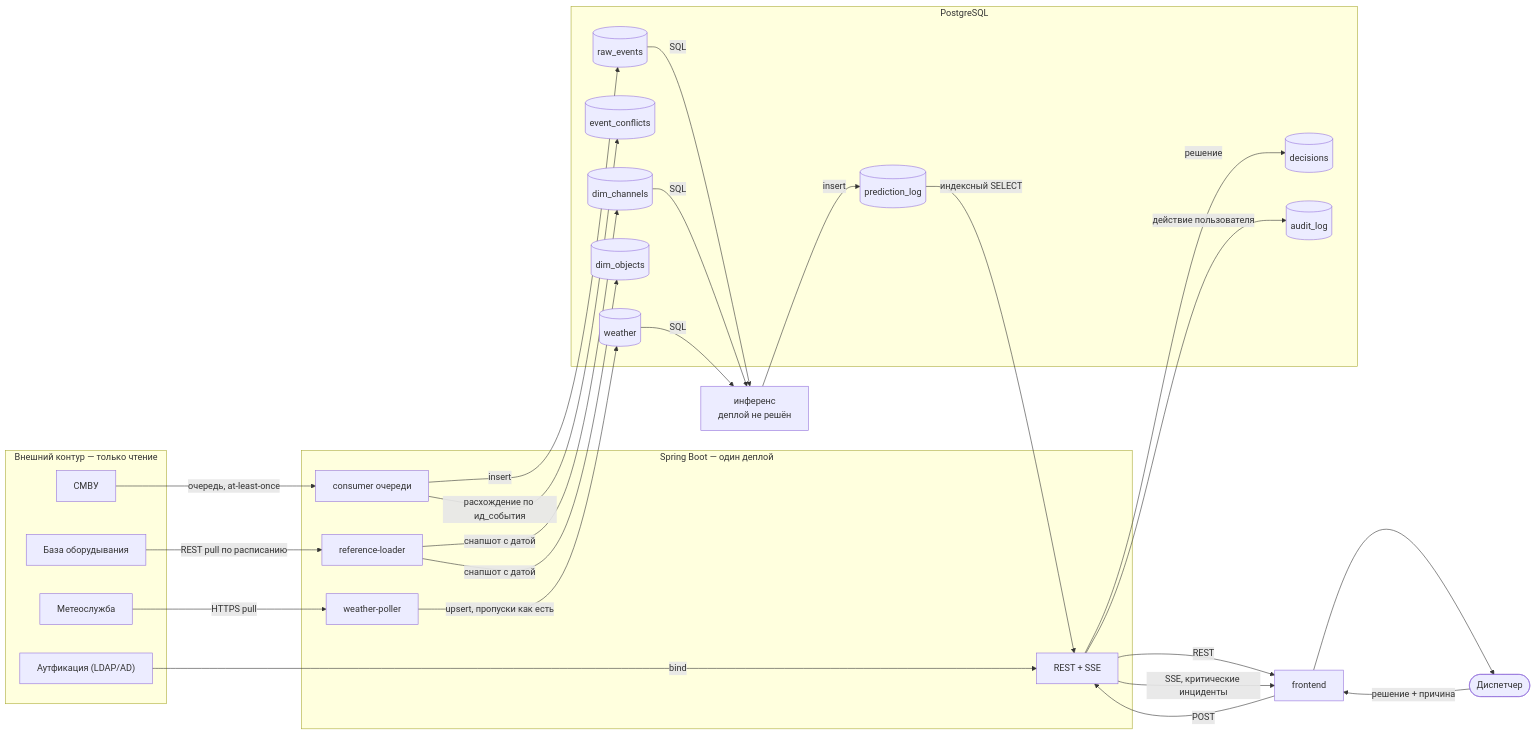
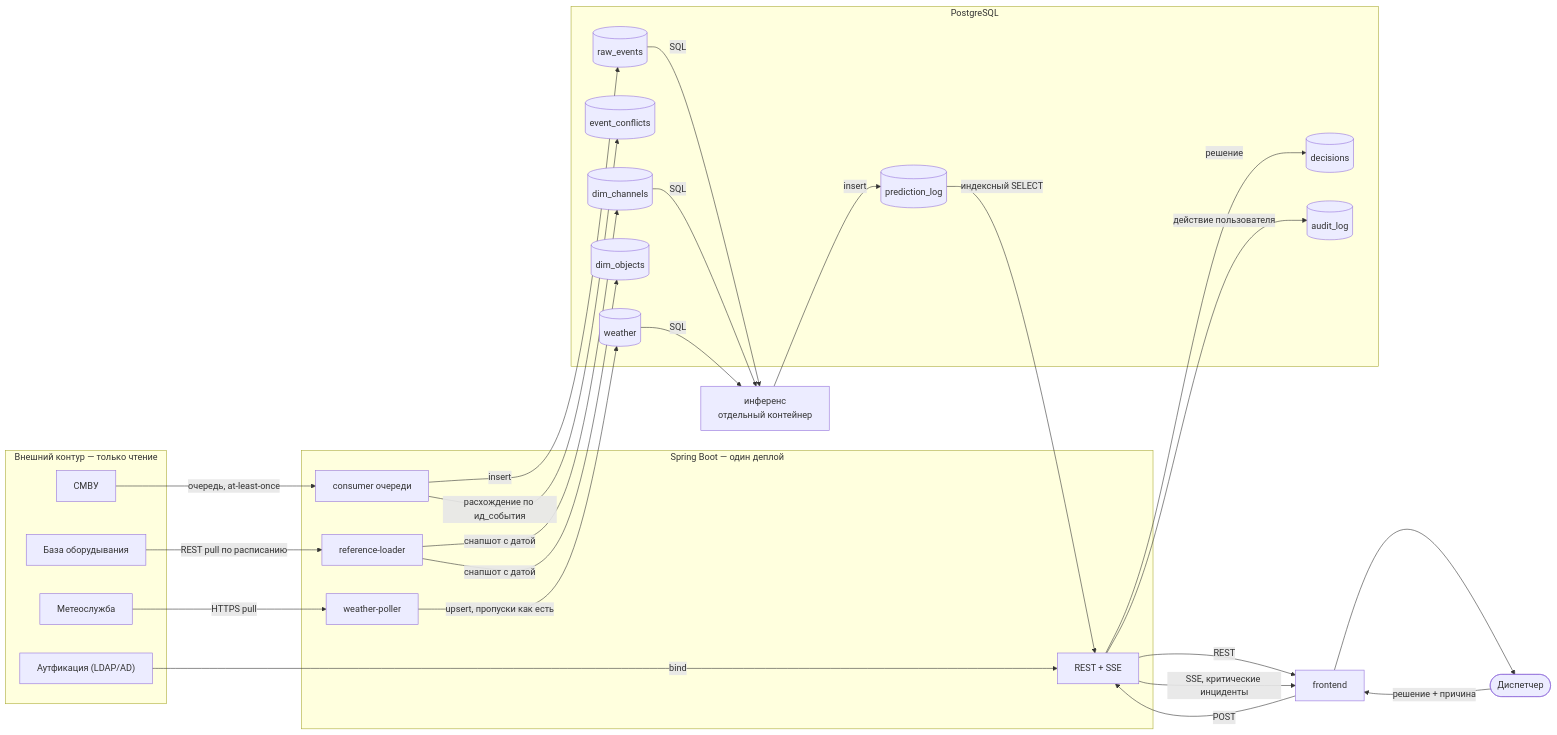
One commit to hack-goal-team/.github changed the diagram in ARCHITECTURE.md. Above: the diagram before and after it, drawn with Mermaid. The commit also changed other lines of this file and 2 other files, not shown here.

````diff
--- a/ARCHITECTURE.md
+++ b/ARCHITECTURE.md
@@ -14,55 +14,55 @@
 ```mermaid
 graph LR
   subgraph EXT["Внешний контур — только чтение"]
     SMVU["СМВУ"]
     ACC["База оборудывания"]
     MET["Метеослужба"]
     LDAP["Аутфикация (LDAP/AD)"]
   end
 
   subgraph APP["Spring Boot — один деплой"]
     CONS["consumer очереди"]
     REFL["reference-loader"]
     WTH["weather-poller"]
     API["REST + SSE"]
   end
 
   subgraph PG["PostgreSQL"]
     RAW[("raw_events")]
     CONF[("event_conflicts")]
     DIMC[("dim_channels")]
     DIMO[("dim_objects")]
     WX[("weather")]
     PRED[("prediction_log")]
     DEC[("decisions")]
     AUD[("audit_log")]
   end
 
-  INF["инференс<br/>деплой не решён"]
+  INF["инференс<br/>отдельный контейнер"]
   UI["frontend"]
   DISP(["Диспетчер"])
 
   SMVU -->|"очередь, at-least-once"| CONS
   CONS -->|"insert"| RAW
   CONS -->|"расхождение по ид_события"| CONF
   ACC -->|"REST pull по расписанию"| REFL
   REFL -->|"снапшот с датой"| DIMC
   REFL -->|"снапшот с датой"| DIMO
   MET -->|"HTTPS pull"| WTH
   WTH -->|"upsert, пропуски как есть"| WX
 
   RAW -->|"SQL"| INF
   DIMC -->|"SQL"| INF
   WX -->|"SQL"| INF
   INF -->|"insert"| PRED
 
   PRED -->|"индексный SELECT"| API
   API -->|"REST"| UI
   API -->|"SSE, критические инциденты"| UI
   UI --> DISP
   DISP -->|"решение + причина"| UI
   UI -->|"POST"| API
   API -->|"решение"| DEC
   API -->|"действие пользователя"| AUD
   LDAP -->|"bind"| API
 ```
````
